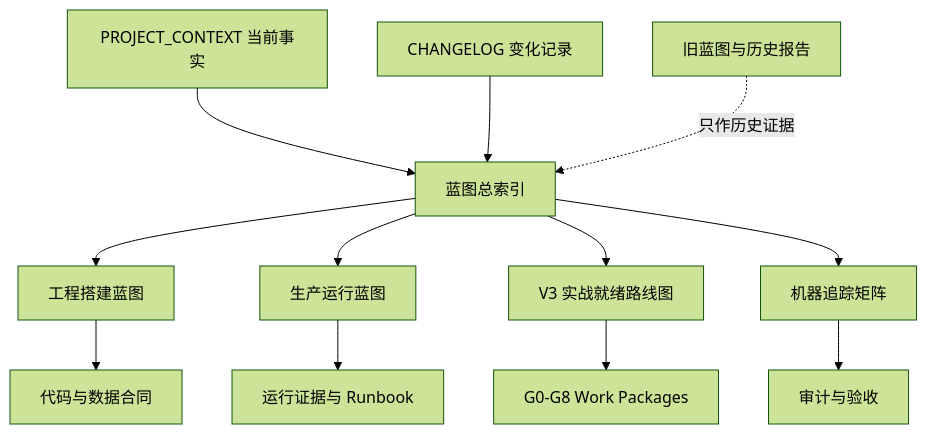
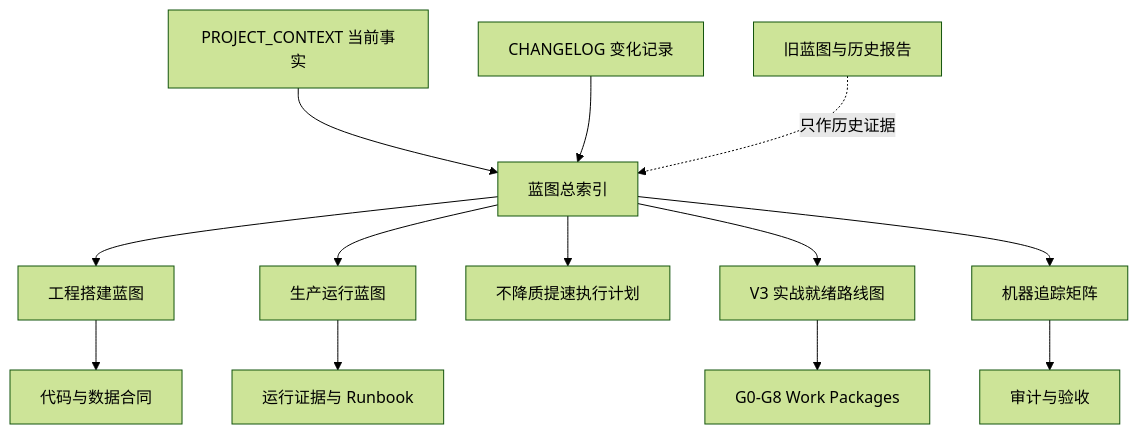
The diagram in docs/blueprints/README.md (TianYuan1926/chuan-market-radar), drawn with Mermaid (forest theme) before and after one commit. The commit also changed other lines of this file and 11 other files, not shown here.

````diff
--- a/docs/blueprints/README.md
+++ b/docs/blueprints/README.md
@@ -20,19 +20,20 @@
 ```mermaid
 flowchart TD
     accTitle: Market Radar Blueprint Authority
     accDescr: The blueprint system separates current facts, engineering construction, production operation, and staged readiness while preserving historical documents as lower-priority evidence.
 
     index["蓝图总索引"] --> engineering["工程搭建蓝图"]
     index --> runtime["生产运行蓝图"]
+    index --> acceleration["不降质提速执行计划"]
     index --> roadmap["V3 实战就绪路线图"]
     index --> traceability["机器追踪矩阵"]
 
     engineering --> code_contracts["代码与数据合同"]
     runtime --> production_evidence["运行证据与 Runbook"]
     roadmap --> work_packages["G0-G8 Work Packages"]
     traceability --> audit_gate["审计与验收"]
 
     current_context["PROJECT_CONTEXT 当前事实"] --> index
     changelog["CHANGELOG 变化记录"] --> index
     historical["旧蓝图与历史报告"] -. "只作历史证据" .-> index
 ```
````
